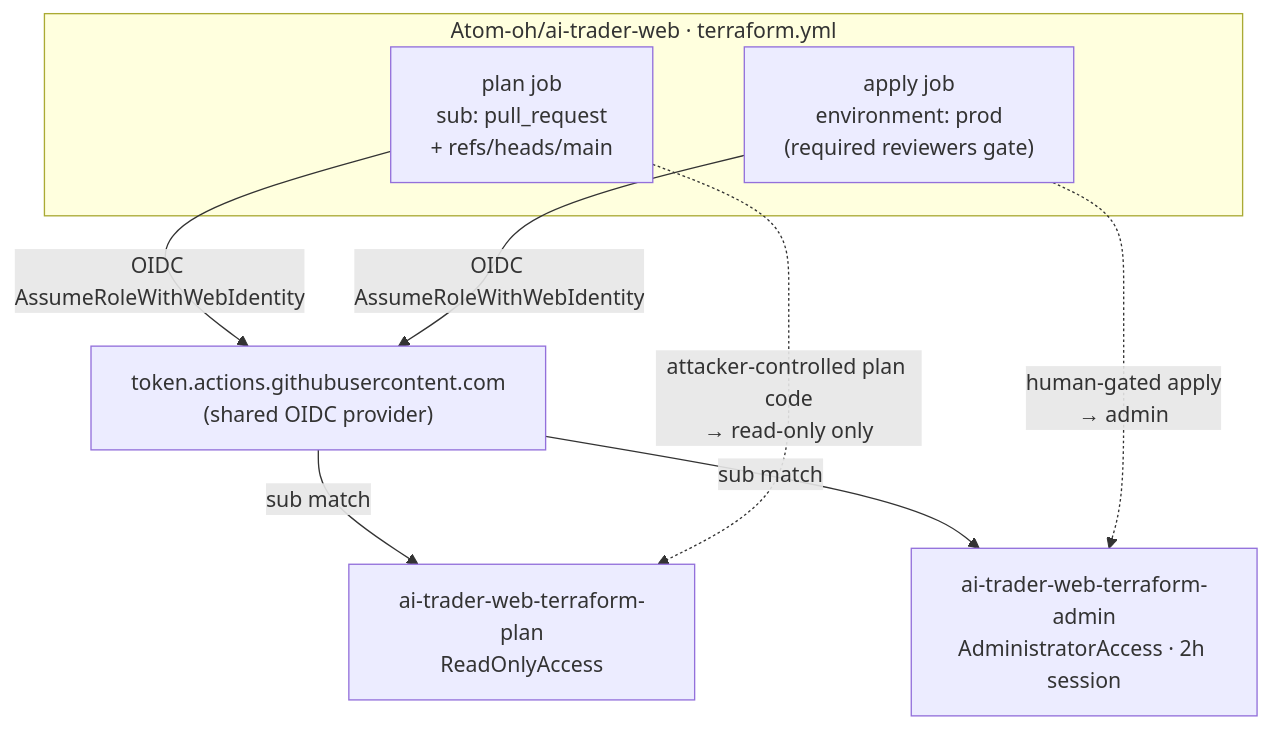
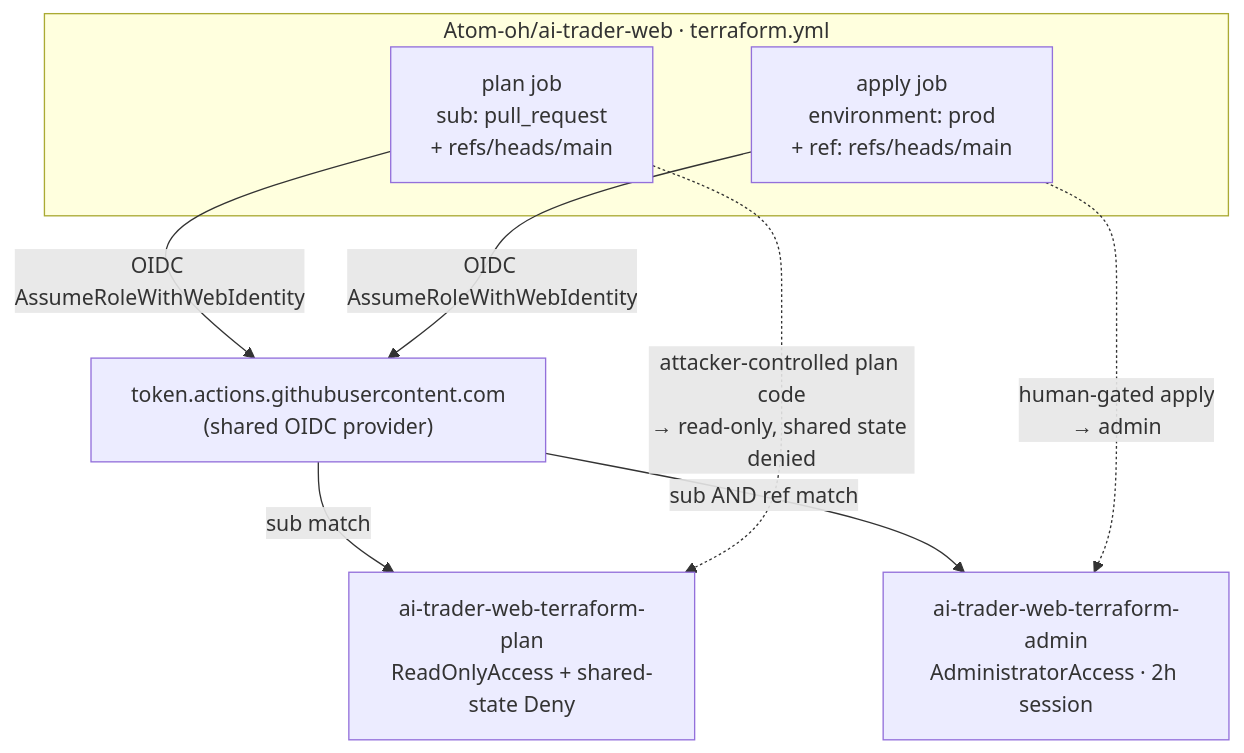
Before and after one commit to Atom-oh/AWS-Demo-Platform: the first of 2 diagrams in docs/decisions/ADR-012-ai-trader-web-oidc-plan-apply-split.md, drawn with Mermaid. The commit also changed other lines of this file and 3 other files, not shown here.

First line of the commit message:
security(iam): close plan-role state exfil + double-gate admin trust (PR #69 review)

````diff
--- a/docs/decisions/ADR-012-ai-trader-web-oidc-plan-apply-split.md
+++ b/docs/decisions/ADR-012-ai-trader-web-oidc-plan-apply-split.md
@@ -62,16 +73,16 @@
 ```mermaid
 flowchart TD
     subgraph gh["Atom-oh/ai-trader-web · terraform.yml"]
         pr["plan job<br/>sub: pull_request<br/>+ refs/heads/main"]
-        ap["apply job<br/>environment: prod<br/>(required reviewers gate)"]
+        ap["apply job<br/>environment: prod<br/>+ ref: refs/heads/main"]
     end
     oidc["token.actions.githubusercontent.com<br/>(shared OIDC provider)"]
-    plan["ai-trader-web-terraform-plan<br/>ReadOnlyAccess"]
+    plan["ai-trader-web-terraform-plan<br/>ReadOnlyAccess + shared-state Deny"]
     admin["ai-trader-web-terraform-admin<br/>AdministratorAccess · 2h session"]
     pr -->|OIDC AssumeRoleWithWebIdentity| oidc
     ap -->|OIDC AssumeRoleWithWebIdentity| oidc
     oidc -->|sub match| plan
-    oidc -->|sub match| admin
-    pr -.->|"attacker-controlled plan code<br/>→ read-only only"| plan
+    oidc -->|sub AND ref match| admin
+    pr -.->|"attacker-controlled plan code<br/>→ read-only, shared state denied"| plan
     ap -.->|"human-gated apply<br/>→ admin"| admin
 ```
````
